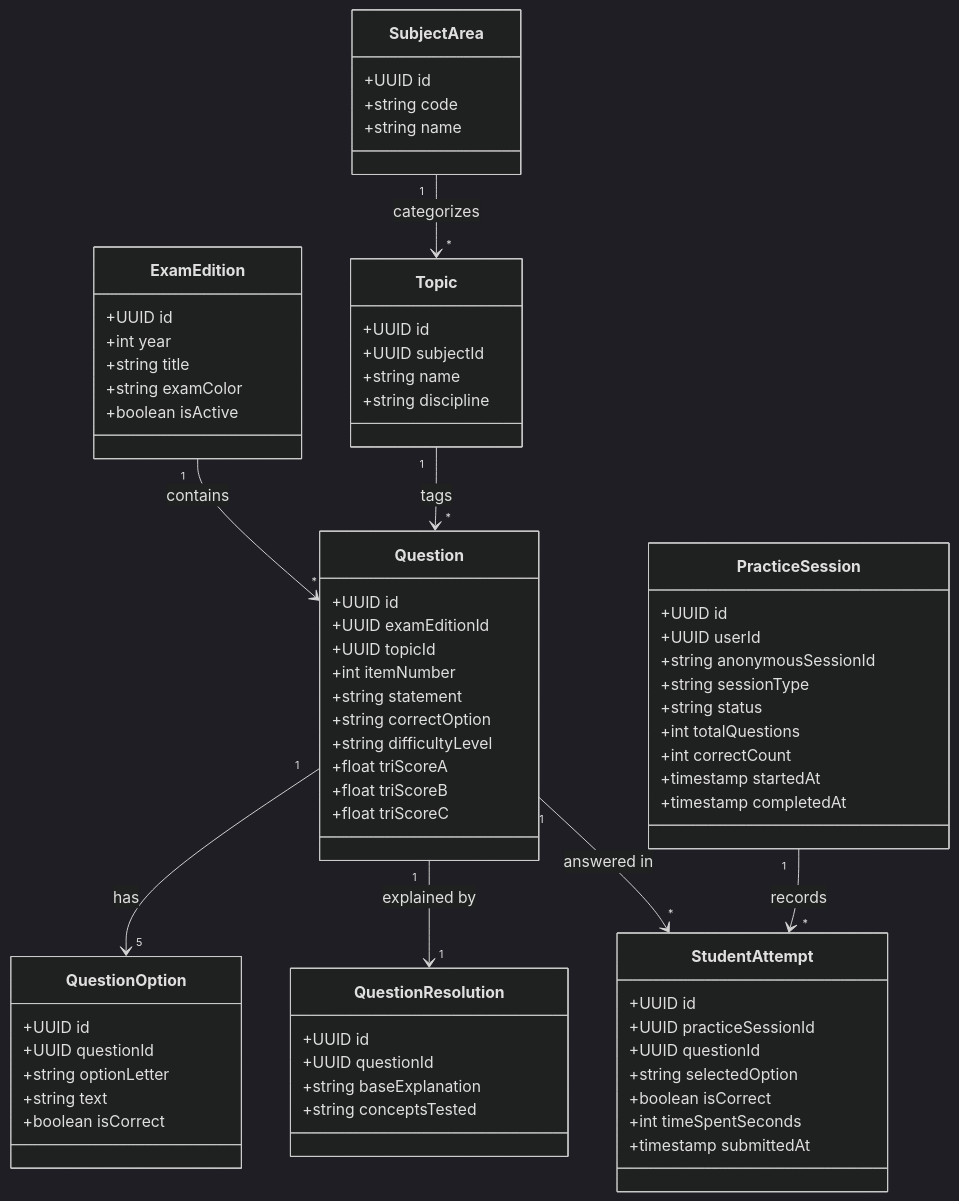
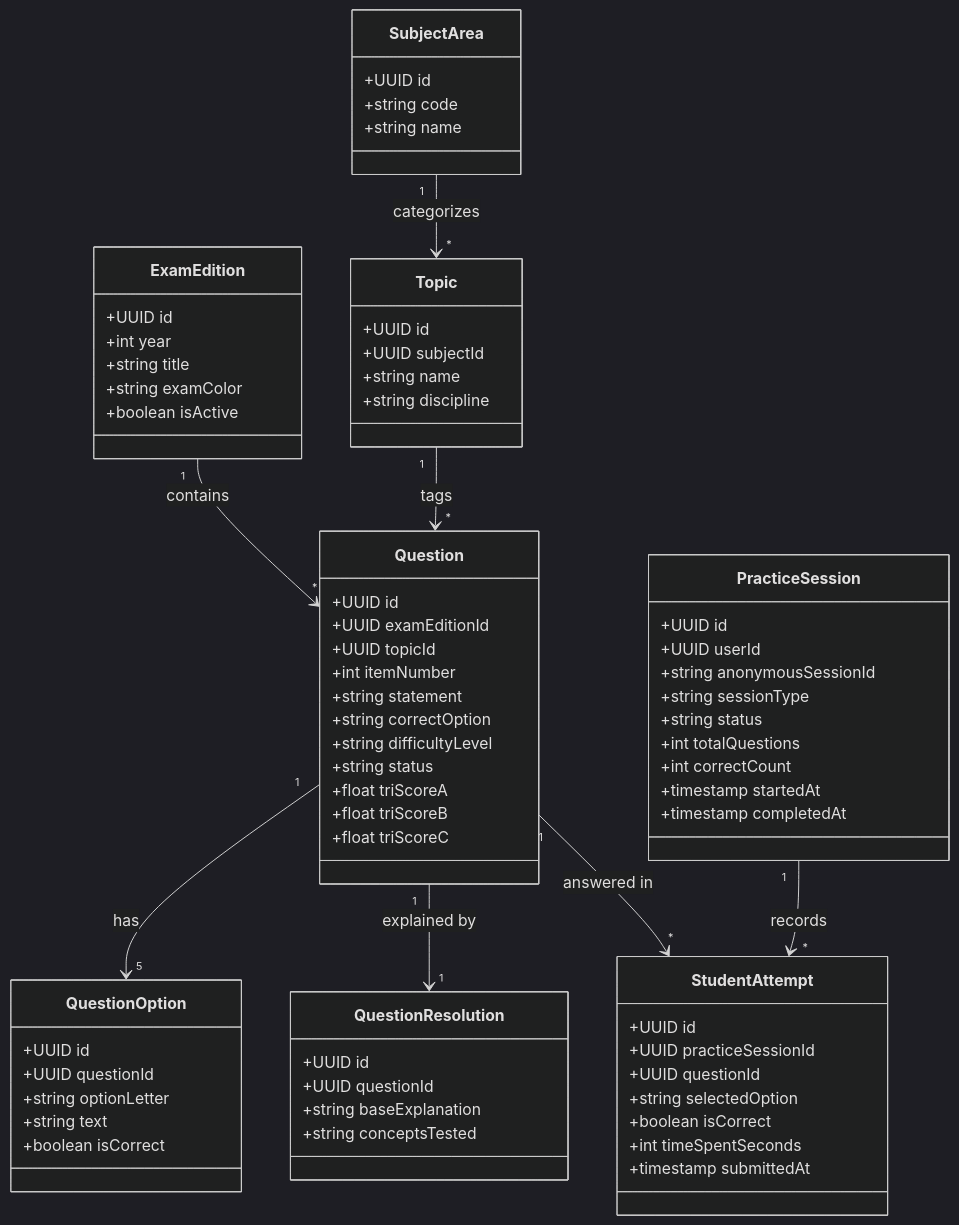
The first of 3 diagrams in docs/sprint-1/04-data-modeling.md (Veras-D/AprovaENEM), drawn with Mermaid (dark theme) before and after one commit. The commit also changed other lines of this file and 6 other files, not shown here.

````diff
--- a/docs/sprint-1/04-data-modeling.md
+++ b/docs/sprint-1/04-data-modeling.md
@@ -15,81 +15,82 @@
 ```mermaid
 classDiagram
     class ExamEdition {
         +UUID id
         +int year
         +string title
         +string examColor
         +boolean isActive
     }
 
     class SubjectArea {
         +UUID id
         +string code
         +string name
     }
 
     class Topic {
         +UUID id
         +UUID subjectId
         +string name
         +string discipline
     }
 
     class Question {
         +UUID id
         +UUID examEditionId
         +UUID topicId
         +int itemNumber
         +string statement
         +string correctOption
         +string difficultyLevel
+        +string status
         +float triScoreA
         +float triScoreB
         +float triScoreC
     }
 
     class QuestionOption {
         +UUID id
         +UUID questionId
         +string optionLetter
         +string text
         +boolean isCorrect
     }
 
     class QuestionResolution {
         +UUID id
         +UUID questionId
         +string baseExplanation
         +string conceptsTested
     }
 
     class PracticeSession {
         +UUID id
         +UUID userId
         +string anonymousSessionId
         +string sessionType
         +string status
         +int totalQuestions
         +int correctCount
         +timestamp startedAt
         +timestamp completedAt
     }
 
     class StudentAttempt {
         +UUID id
         +UUID practiceSessionId
         +UUID questionId
         +string selectedOption
         +boolean isCorrect
         +int timeSpentSeconds
         +timestamp submittedAt
     }
 
     ExamEdition "1" --> "*" Question : contains
     SubjectArea "1" --> "*" Topic : categorizes
     Topic "1" --> "*" Question : tags
     Question "1" --> "5" QuestionOption : has
     Question "1" --> "1" QuestionResolution : explained by
     PracticeSession "1" --> "*" StudentAttempt : records
     Question "1" --> "*" StudentAttempt : answered in
 ```
````
